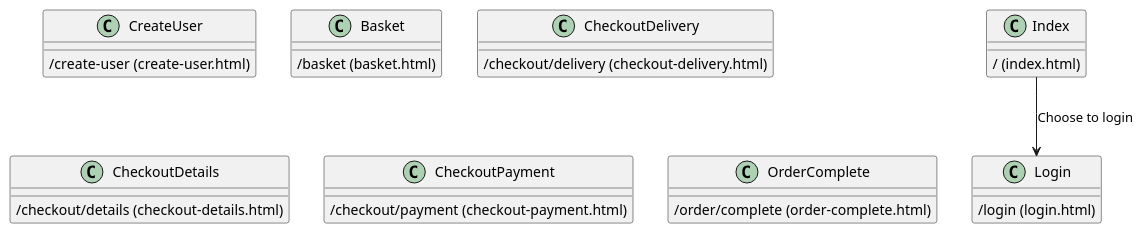
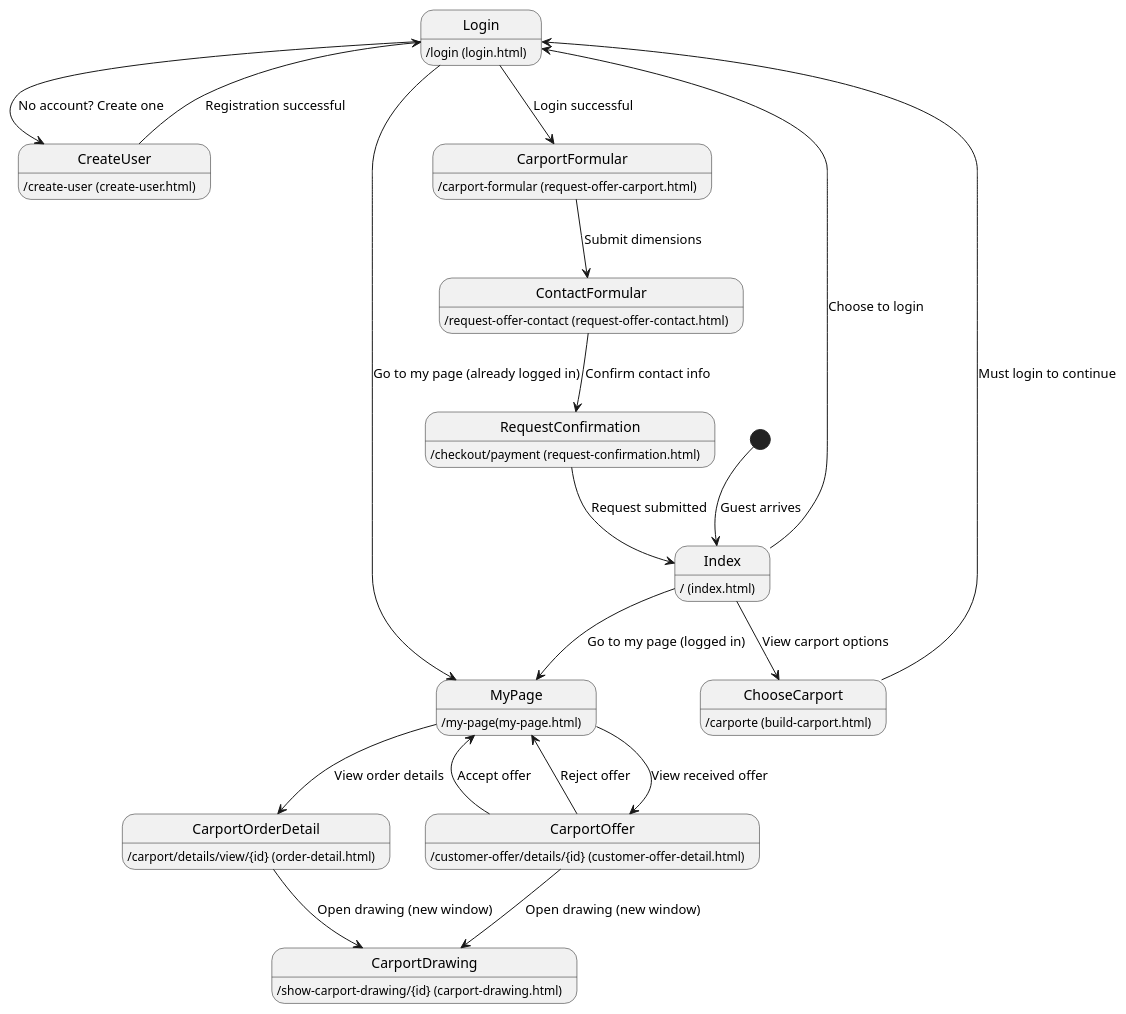
The diagram in docs/models/machine-test.puml (DHangaard/fog-carport), drawn with PlantUML before and after one commit.

Commit message:
Added customer navigation

```diff
--- a/docs/models/machine-test.puml
+++ b/docs/models/machine-test.puml
@@ -1,15 +1,42 @@
 @startuml
 'https://plantuml.com/state-diagram
 
 Login : /login (login.html)
 CreateUser : /create-user (create-user.html)
 Index : / (index.html)
-Basket : /basket (basket.html)
-CheckoutDelivery : /checkout/delivery (checkout-delivery.html)
-CheckoutDetails : /checkout/details (checkout-details.html)
-CheckoutPayment : /checkout/payment (checkout-payment.html)
-OrderComplete : /order/complete (order-complete.html)
+ChooseCarport : /carporte (build-carport.html)
+CarportFormular : /carport-formular (request-offer-carport.html)
+ContactFormular : /request-offer-contact (request-offer-contact.html)
+RequestConfirmation : /checkout/payment (request-confirmation.html)
+MyPage : /my-page(my-page.html)
+CarportOrderDetail : /carport/details/view/{id} (order-detail.html)
+CarportOffer : /customer-offer/details/{id} (customer-offer-detail.html)
+CarportDrawing : /show-carport-drawing/{id} (carport-drawing.html)
+
+[*] --> Index : Guest arrives
 
 Index --> Login : Choose to login
+Index --> ChooseCarport : View carport options
+ChooseCarport --> Login : Must login to continue
+
+Login --> CreateUser : No account? Create one
+CreateUser --> Login : Registration successful
+
+Login --> CarportFormular : Login successful
+Login --> MyPage : Go to my page (already logged in)
+Index --> MyPage : Go to my page (logged in)
+
+CarportFormular --> ContactFormular : Submit dimensions
+ContactFormular --> RequestConfirmation : Confirm contact info
+RequestConfirmation --> Index : Request submitted
+
+MyPage --> CarportOffer : View received offer
+MyPage --> CarportOrderDetail : View order details
+
+CarportOffer --> MyPage : Accept offer
+CarportOffer --> MyPage : Reject offer
+
+CarportOffer --> CarportDrawing : Open drawing (new window)
+CarportOrderDetail --> CarportDrawing : Open drawing (new window)
 
 @enduml
```
